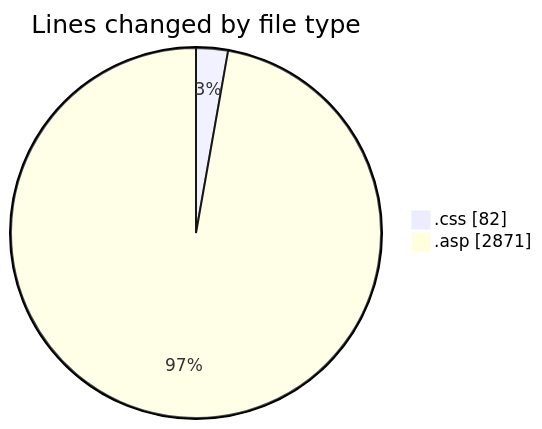
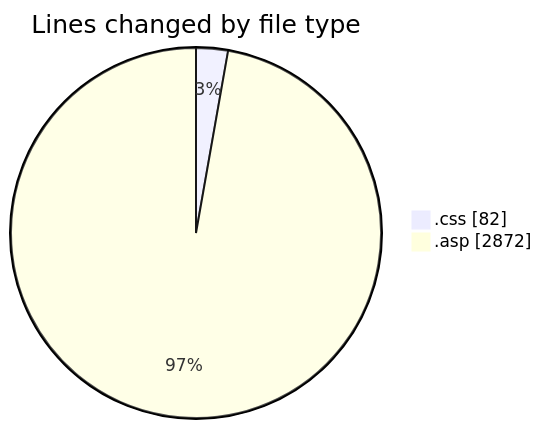
The first of 2 diagrams in 2025-11-16/cdp_aleoudev_fr__workspace_/README.md (julien-gomy/code-tracking), drawn with Mermaid before and after one commit. The commit also changed other lines of this file and 1 other file, not shown here.

````diff
--- a/2025-11-16/cdp_aleoudev_fr__workspace_/README.md
+++ b/2025-11-16/cdp_aleoudev_fr__workspace_/README.md
@@ -25,6 +25,6 @@
 ```mermaid
 pie showData
 title Lines changed by file type
 ".css" : 82
-".asp" : 2871
+".asp" : 2872
 ```
````
